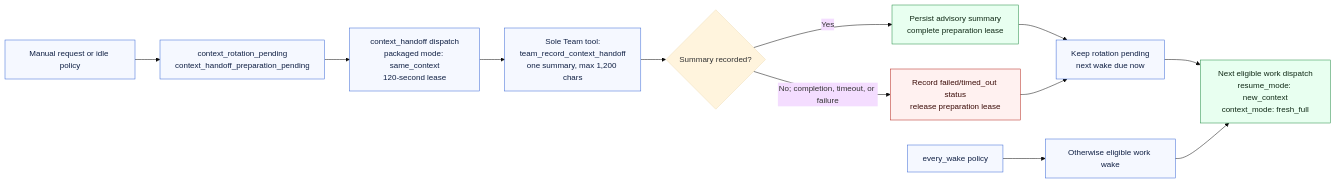
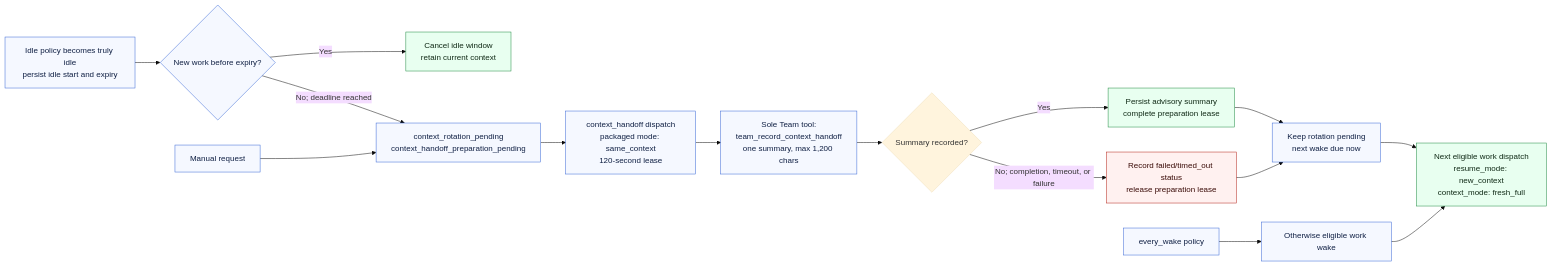
One commit to QuinthSoftwareSolutions/evander changed the fifth of 10 diagrams in docs/team-addon-wake-decision-tree.md. Above: the diagram before and after it, drawn with Mermaid (base theme). The commit also changed other lines of this file and 20 other files, not shown here.

Commit message:
feat(team): add idle context grace

````diff
--- a/docs/team-addon-wake-decision-tree.md
+++ b/docs/team-addon-wake-decision-tree.md
@@ -258,22 +258,25 @@
 ```mermaid
 flowchart LR
-    request["Manual request or idle policy"] --> pending["context_rotation_pending<br/>context_handoff_preparation_pending"]
+    idle_start["Idle policy becomes truly idle<br/>persist idle start and expiry"] --> before{"New work before expiry?"}
+    before -->|Yes| retain["Cancel idle window<br/>retain current context"]
+    before -->|No; deadline reached| pending
+    request["Manual request"] --> pending["context_rotation_pending<br/>context_handoff_preparation_pending"]
     pending --> handoff["context_handoff dispatch<br/>packaged mode: same_context<br/>120-second lease"]
     handoff --> sole["Sole Team tool:<br/>team_record_context_handoff<br/>one summary, max 1,200 chars"]
     sole --> outcome{"Summary recorded?"}
     outcome -->|Yes| recorded["Persist advisory summary<br/>complete preparation lease"]
     outcome -->|No; completion, timeout, or failure| failed["Record failed/timed_out status<br/>release preparation lease"]
     recorded --> due["Keep rotation pending<br/>next wake due now"]
     failed --> due
     due --> fresh["Next eligible work dispatch<br/>resume_mode: new_context<br/>context_mode: fresh_full"]
 
     every["every_wake policy"] --> eligible["Otherwise eligible work wake"]
     eligible --> fresh
 
     classDef wake fill:#e8fff0,stroke:#208a42,color:#102a16;
     classDef skip fill:#fff1f0,stroke:#b42318,color:#3a0b07;
     classDef process fill:#f5f8ff,stroke:#3867d6,color:#102044;
-    class fresh,recorded wake;
+    class fresh,recorded,retain wake;
     class failed skip;
-    class request,pending,handoff,sole,due,every,eligible process;
+    class idle_start,before,request,pending,handoff,sole,due,every,eligible process;
 ```
````
